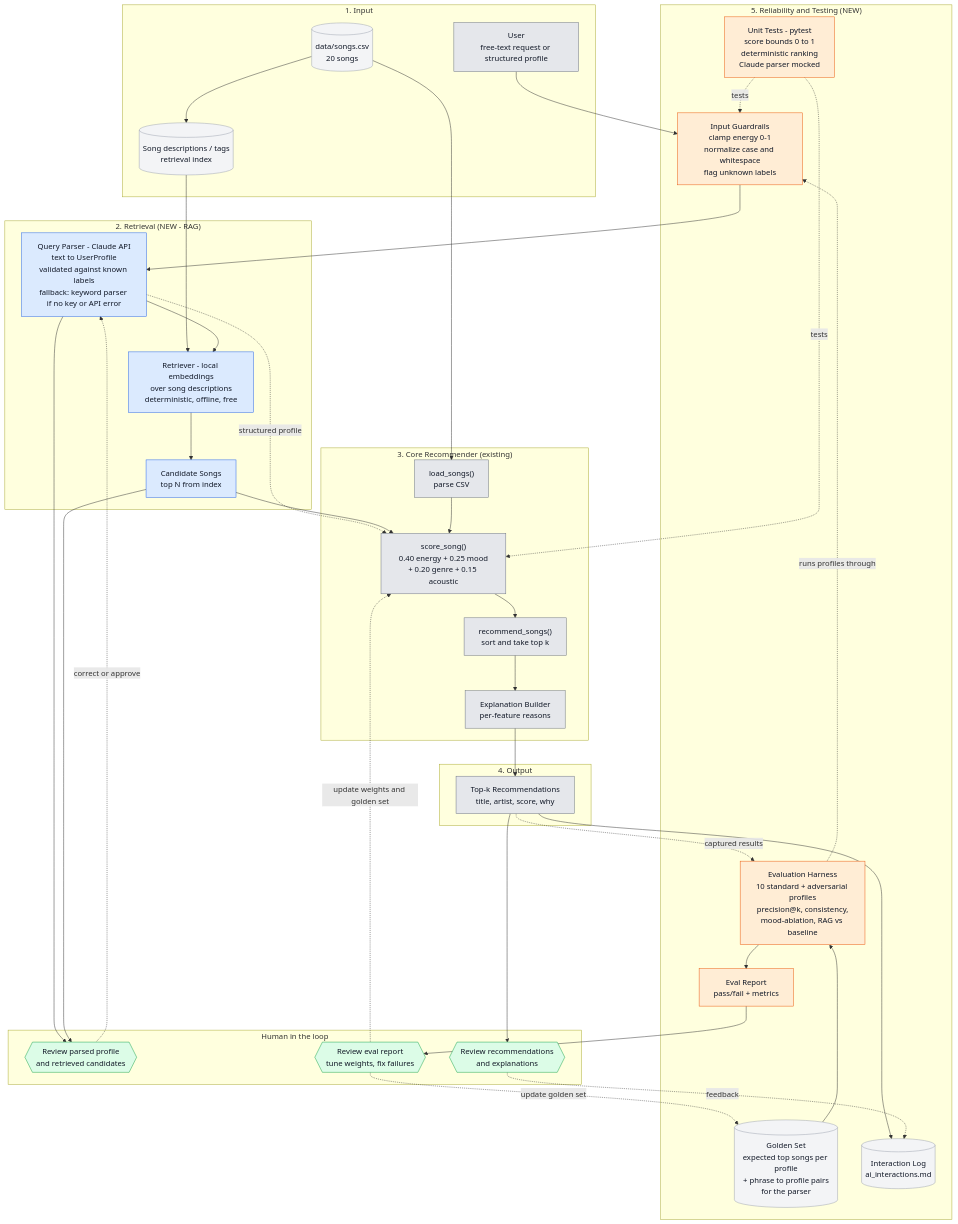
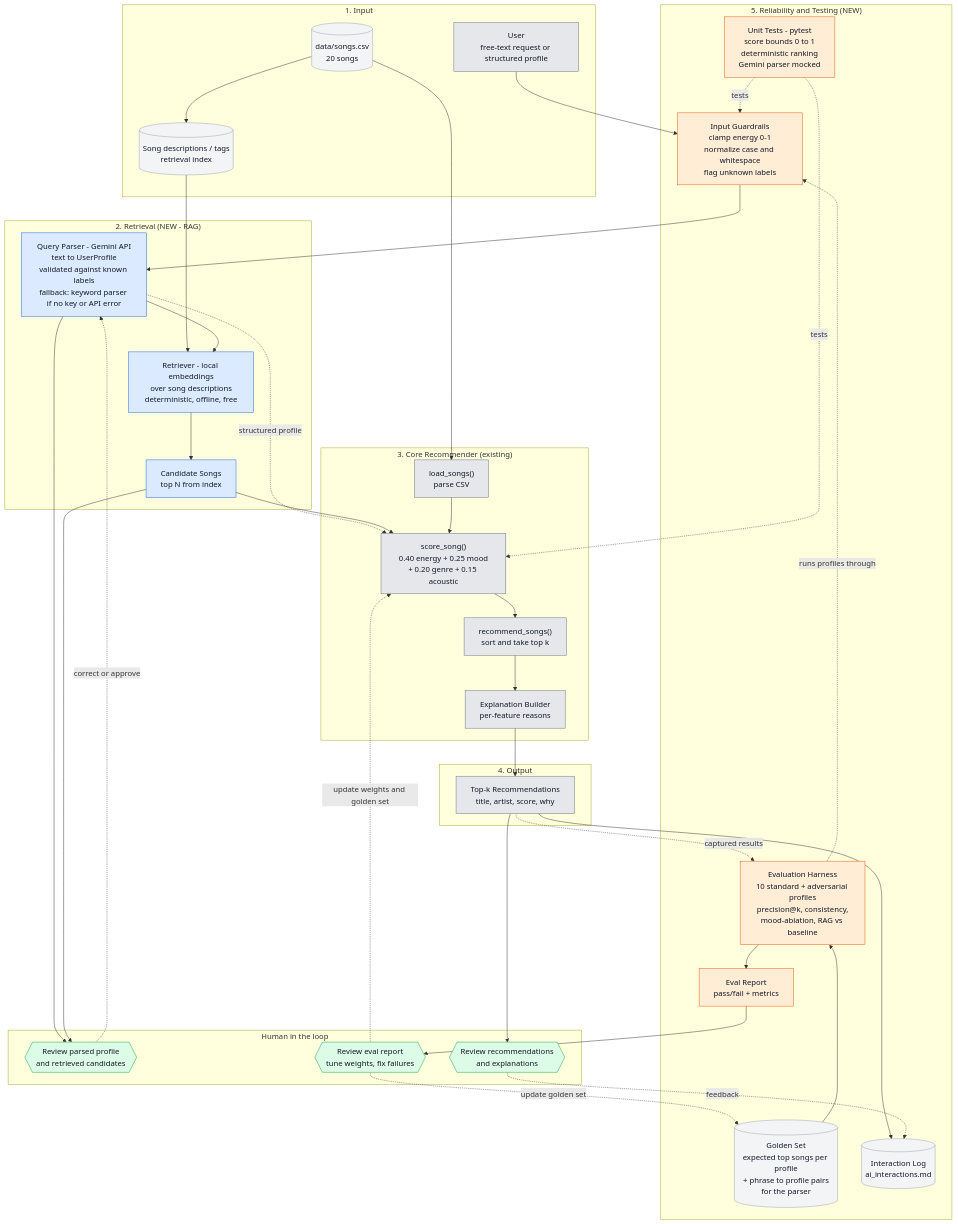
The diagram in diagrams/architecture.md (SLyubar/applied-ai-system-project), drawn with Mermaid before and after one commit. The commit also changed other lines of this file and 10 other files, not shown here.

```diff
--- a/diagrams/architecture.md
+++ b/diagrams/architecture.md
@@ -13,7 +13,7 @@
 
     %% ---------- RAG ----------
     subgraph RAG["2. Retrieval (NEW - RAG)"]
-        QP["Query Parser - Claude API<br/>text to UserProfile<br/>validated against known labels<br/>fallback: keyword parser if no key or API error"]
+        QP["Query Parser - Gemini API<br/>text to UserProfile<br/>validated against known labels<br/>fallback: keyword parser if no key or API error"]
         RET["Retriever - local embeddings<br/>over song descriptions<br/>deterministic, offline, free"]
         CAND["Candidate Songs<br/>top N from index"]
     end
@@ -34,7 +34,7 @@
     %% ---------- RELIABILITY ----------
     subgraph REL["5. Reliability and Testing (NEW)"]
         GUARD["Input Guardrails<br/>clamp energy 0-1<br/>normalize case and whitespace<br/>flag unknown labels"]
-        UNIT["Unit Tests - pytest<br/>score bounds 0 to 1<br/>deterministic ranking<br/>Claude parser mocked"]
+        UNIT["Unit Tests - pytest<br/>score bounds 0 to 1<br/>deterministic ranking<br/>Gemini parser mocked"]
         EVAL["Evaluation Harness<br/>10 standard + adversarial profiles<br/>precision@k, consistency,<br/>mood-ablation, RAG vs baseline"]
         GOLD[("Golden Set<br/>expected top songs per profile<br/>+ phrase to profile pairs<br/>for the parser")]
         REPORT["Eval Report<br/>pass/fail + metrics"]
```
